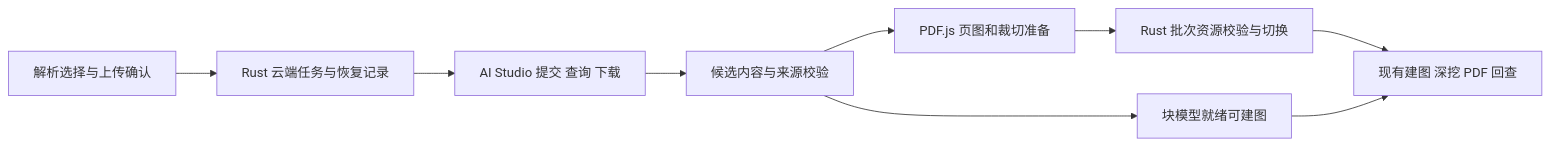
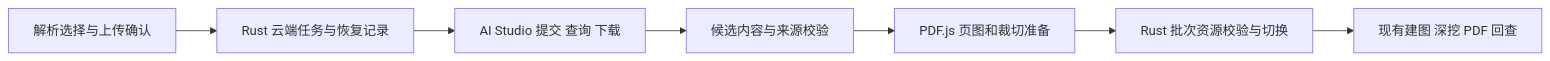
The second of 4 diagrams in docs/plans/2026-09-30-1512-feat-parser-options-plan.md (attackingjensen/paper-30min), drawn with Mermaid before and after one commit. The commit also changed other lines of this file, not shown here.

````diff
--- a/docs/plans/2026-09-30-1512-feat-parser-options-plan.md
+++ b/docs/plans/2026-09-30-1512-feat-parser-options-plan.md
@@ -159,11 +159,9 @@
 ```mermaid
 flowchart LR
     A[解析选择与上传确认] --> B[Rust 云端任务与恢复记录]
     B --> C[AI Studio 提交 查询 下载]
     C --> D[候选内容与来源校验]
     D --> E[PDF.js 页图和裁切准备]
     E --> F[Rust 批次资源校验与切换]
     F --> G[现有建图 深挖 PDF 回查]
-    D --> H[块模型就绪可建图]
-    H --> G
 ```
````
